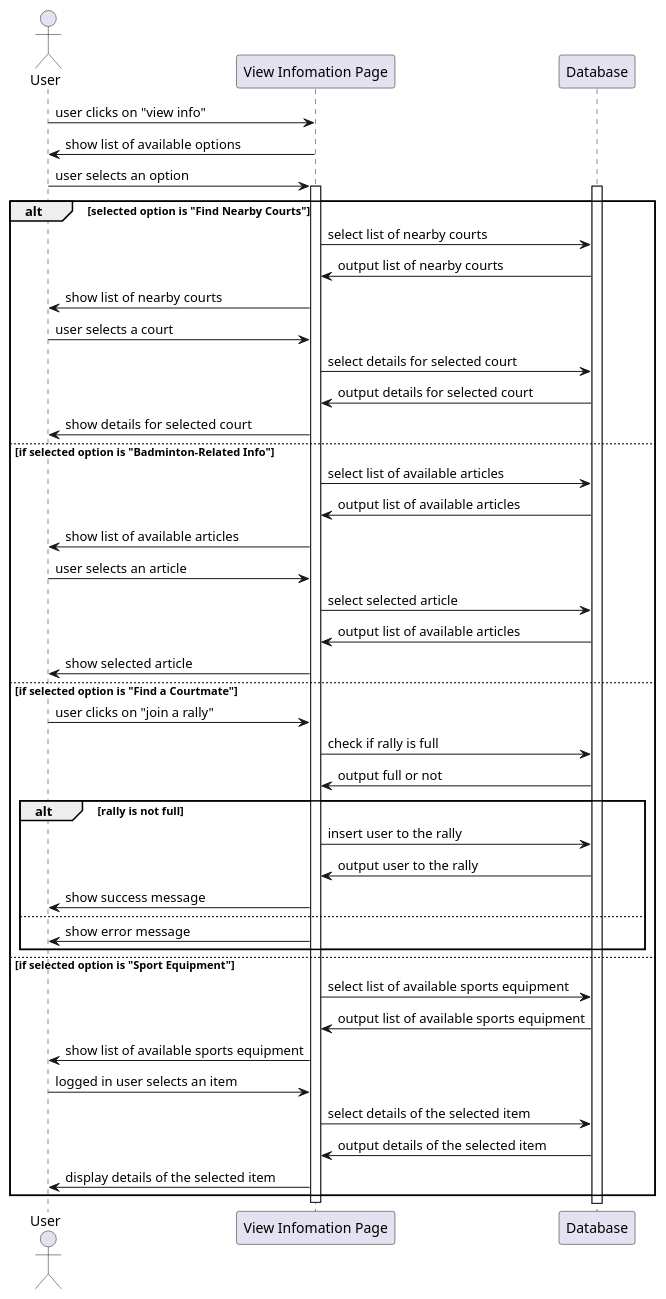
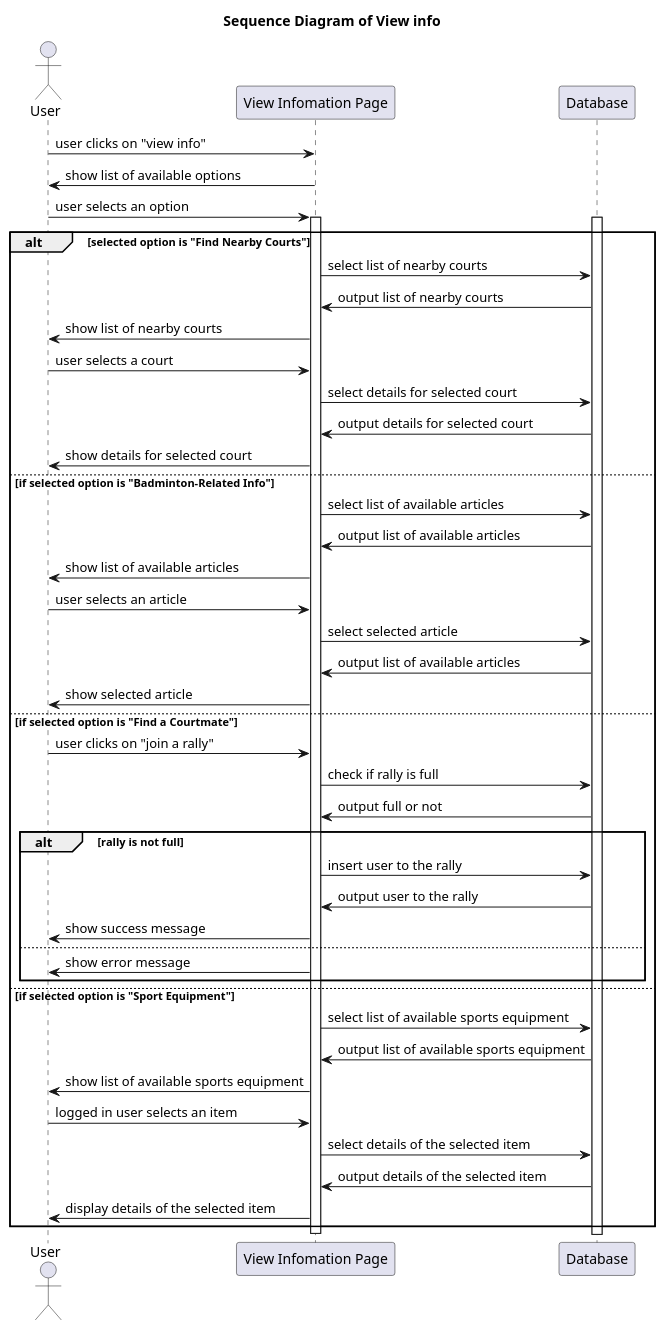
The diagram in Sequence Diagram/View info.puml (Vizards8/Hey_Badminton), drawn with PlantUML before and after one commit.

Commit message:
Add sequence diagram

```diff
--- a/Sequence Diagram/View info.puml
+++ b/Sequence Diagram/View info.puml
@@ -1,49 +1,50 @@
 @startuml
+title Sequence Diagram of View info
 
 Actor User
 participant "View Infomation Page" as System
 User -> System: user clicks on "view info"
 System -> User: show list of available options
 User -> System: user selects an option
 
 activate System
 activate Database
 
 alt selected option is "Find Nearby Courts"
     System -> Database: select list of nearby courts
     Database -> System: output list of nearby courts
     System -> User: show list of nearby courts
     User -> System: user selects a court
     System -> Database: select details for selected court
     Database -> System: output details for selected court
     System -> User: show details for selected court
 else if selected option is "Badminton-Related Info"
     System -> Database: select list of available articles
     Database -> System: output list of available articles
     System -> User: show list of available articles
     User -> System: user selects an article
     System -> Database: select selected article
     Database -> System: output list of available articles
     System -> User: show selected article
 else if selected option is "Find a Courtmate"
     User -> System: user clicks on "join a rally"
     System -> Database: check if rally is full
     Database -> System: output full or not
     alt rally is not full
         System -> Database: insert user to the rally
         Database -> System: output user to the rally
         System -> User: show success message
     else
         System -> User: show error message
     end
 else if selected option is "Sport Equipment"
     System -> Database: select list of available sports equipment
     Database -> System: output list of available sports equipment
     System -> User: show list of available sports equipment
     User -> System: logged in user selects an item
     System -> Database: select details of the selected item
     Database -> System: output details of the selected item
     System -> User: display details of the selected item
 end
 deactivate System
 @enduml
```
